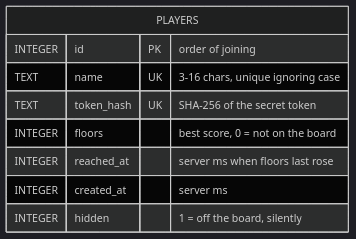
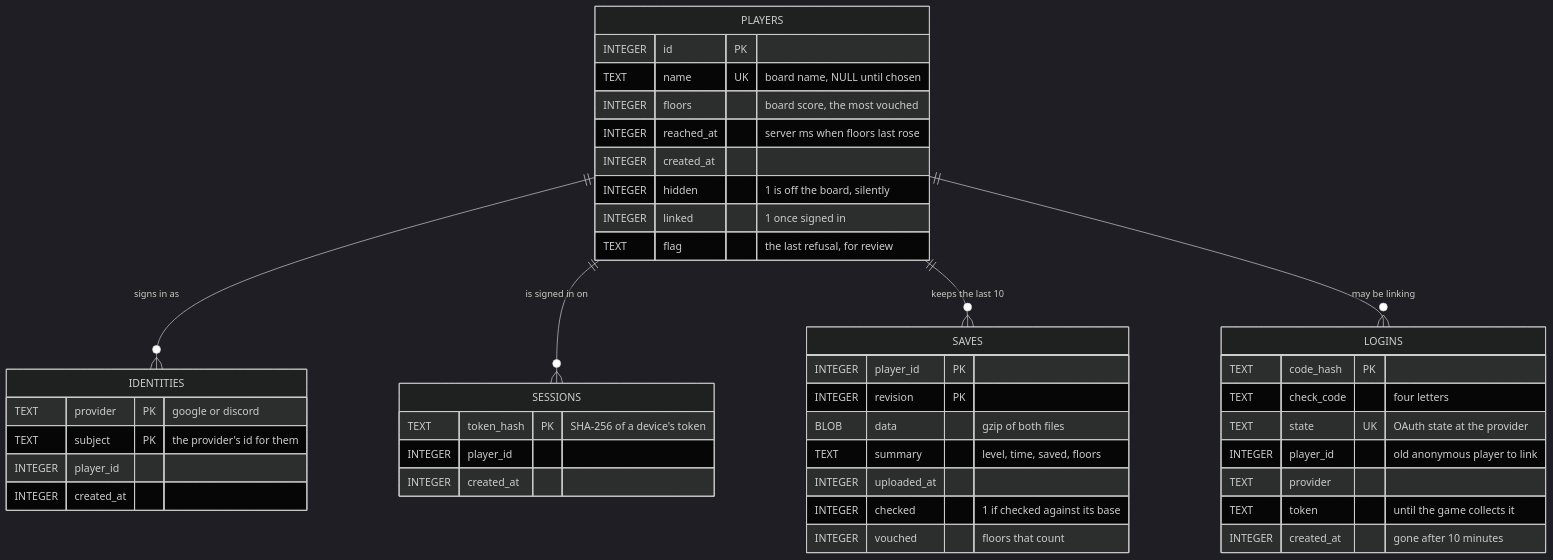
The sixth of 7 diagrams in backend/leaderboard/README.md (dikmedvescekmurovec/kobold-clicker), drawn with Mermaid (dark theme) before and after one commit. The commit also changed other lines of this file and 37 other files, not shown here.

First line of the commit message:
Move the leaderboard to a corner podium with a trophy table, add cloud saves and accounts, and still the corner buttons after their first press

````diff
--- a/backend/leaderboard/README.md
+++ b/backend/leaderboard/README.md
@@ -252,12 +343,46 @@
 ```mermaid
 erDiagram
+    PLAYERS ||--o{ IDENTITIES : "signs in as"
+    PLAYERS ||--o{ SESSIONS : "is signed in on"
+    PLAYERS ||--o{ SAVES : "keeps the last 10"
+    PLAYERS ||--o{ LOGINS : "may be linking"
     PLAYERS {
-        INTEGER id PK "order of joining"
-        TEXT name UK "3-16 chars, unique ignoring case"
-        TEXT token_hash UK "SHA-256 of the secret token"
-        INTEGER floors "best score, 0 = not on the board"
+        INTEGER id PK
+        TEXT name UK "board name, NULL until chosen"
+        INTEGER floors "board score, the most vouched"
         INTEGER reached_at "server ms when floors last rose"
-        INTEGER created_at "server ms"
-        INTEGER hidden "1 = off the board, silently"
+        INTEGER created_at
+        INTEGER hidden "1 is off the board, silently"
+        INTEGER linked "1 once signed in"
+        TEXT flag "the last refusal, for review"
+    }
+    IDENTITIES {
+        TEXT provider PK "google or discord"
+        TEXT subject PK "the provider's id for them"
+        INTEGER player_id
+        INTEGER created_at
+    }
+    SESSIONS {
+        TEXT token_hash PK "SHA-256 of a device's token"
+        INTEGER player_id
+        INTEGER created_at
+    }
+    LOGINS {
+        TEXT code_hash PK
+        TEXT check_code "four letters"
+        TEXT state UK "OAuth state at the provider"
+        INTEGER player_id "old anonymous player to link"
+        TEXT provider
+        TEXT token "until the game collects it"
+        INTEGER created_at "gone after 10 minutes"
+    }
+    SAVES {
+        INTEGER player_id PK
+        INTEGER revision PK
+        BLOB data "gzip of both files"
+        TEXT summary "level, time, saved, floors"
+        INTEGER uploaded_at
+        INTEGER checked "1 if checked against its base"
+        INTEGER vouched "floors that count"
     }
 ```
````
